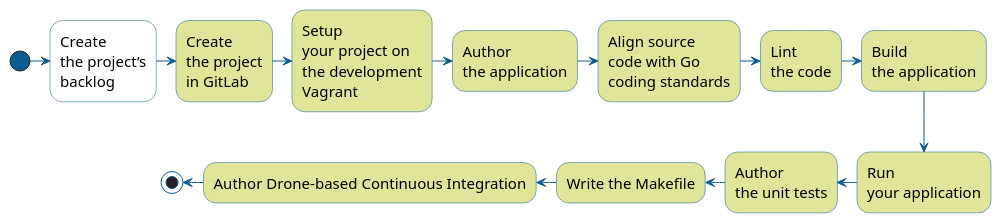
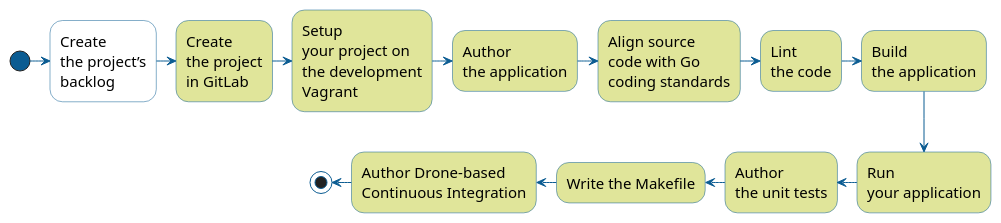
The second of 32 diagrams in readme.md (nemonik/hands-on-DevOps), drawn with PlantUML before and after one commit. The commit also changed other lines of this file, not shown here.

````diff
--- a/readme.md
+++ b/readme.md
@@ -2279,58 +2279,58 @@
 ```plantuml
 skinparam shadowing false
 
 skinparam title {
   FontName "Yanone Kaffeesatz"
   FontStyle "Thin"
   FontSize 30
 }
 
 skinparam activity {
   BorderColor #0B5C92
   BackgroundColor #e0e59a
   FontName "Yanone Kaffeesatz"
   FontStyle "Thin"
   FontSize 15
 }
 
 skinparam activityDiamond {
   BorderColor #0B5C92
   BackgroundColor #e0e59a
   FontName "Yanone Kaffeesatz"
   FontStyle "Thin"
   FontSize 15
 }
 
 skinparam activityStart {
   Color #0B5C92
 }
 
 skinparam activityEnd {
   Color #0B5C92
 }
 
 skinparam arrow {
   Color #0B5C92
 }
 
 skinparam note {
   BorderColor #0B5C92
   BackgroundColor #FEFECE
   FontName "Yanone Kaffeesatz"
   FontStyle "Thin"
   FontSize 15
 }
 
 (*) -right->“Create\nthe project’s\nbacklog” #FFFFFF
 -right->“Create\nthe project\nin GitLab”
 -right->“Setup\nyour project on\nthe development\nVagrant”
 -right->“Author\nthe application”
 -right->“Align source\ncode with Go\ncoding standards”
 -right->“Lint\nthe code”
 -right->“Build\nthe application”
 -down->“Run\nyour application”
 -left->“Author\nthe unit tests”
 -left->“Write the Makefile”
--left->“Author Drone-based Continuous Integration”
+-left->“Author Drone-based\nContinuous Integration”
 -left-> (*)
 ```
````
